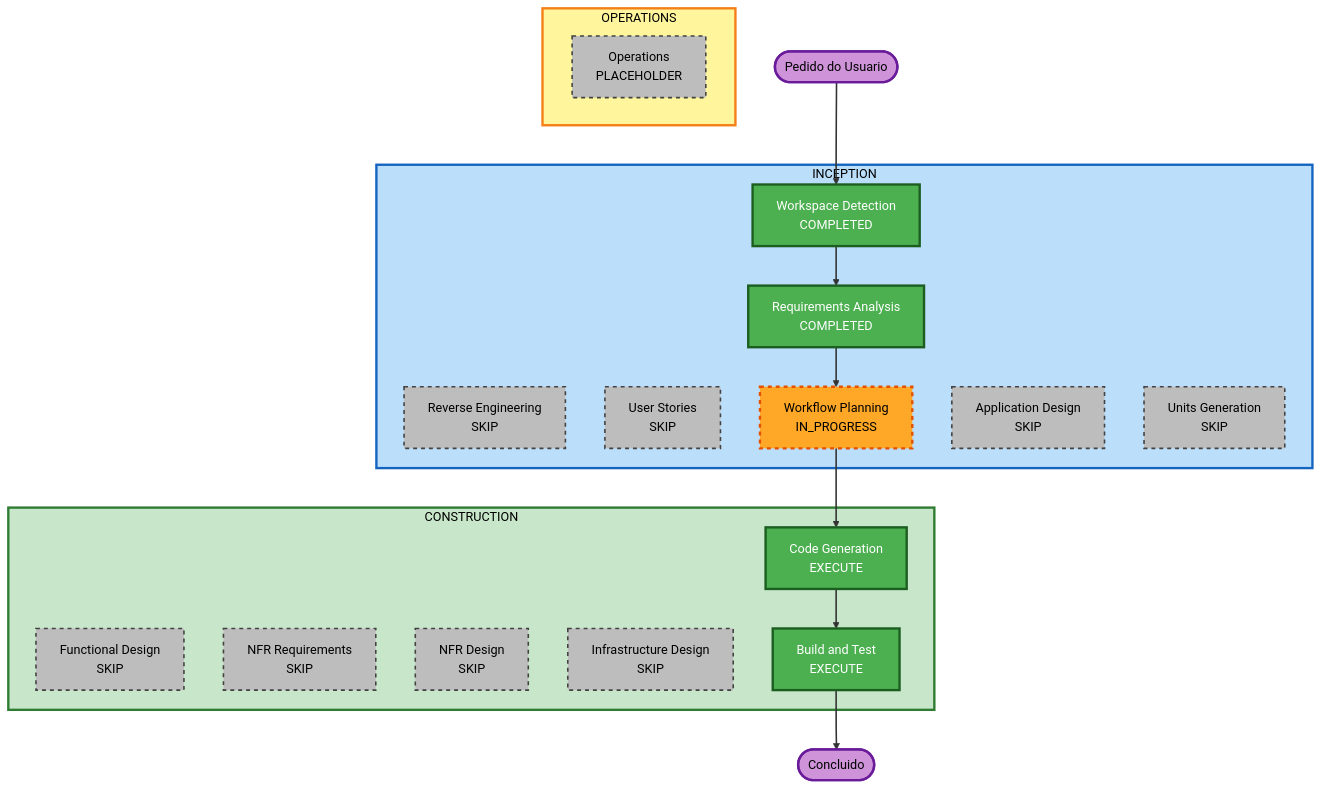
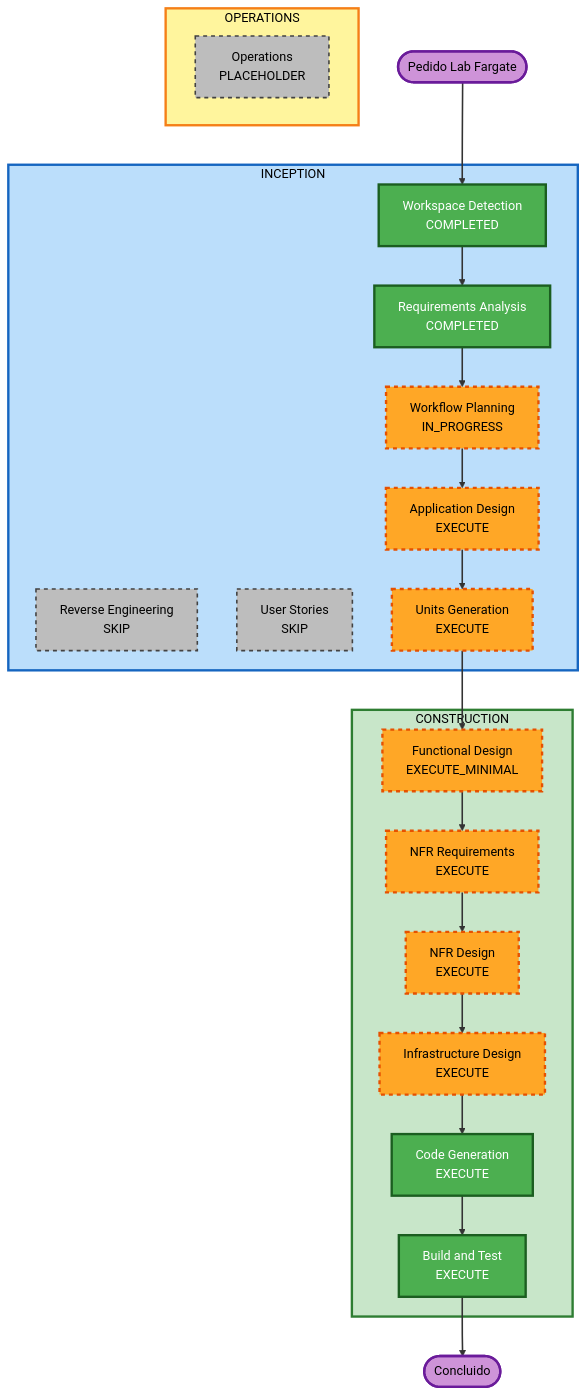
Before and after one commit to welligtoncos/ia-dlc-ecs-fargate-alb-service: the diagram in aidlc-docs/inception/plans/execution-plan.md, drawn with Mermaid. The commit also changed other lines of this file and 15 other files, not shown here.

First line of the commit message:
docs: completa Inception do lab FastAPI/Fargate no AI-DLC

````diff
--- a/aidlc-docs/inception/plans/execution-plan.md
+++ b/aidlc-docs/inception/plans/execution-plan.md
@@ -32,56 +29,62 @@
 ```mermaid
 flowchart TD
-    Start(["Pedido do Usuario"])
+    Start(["Pedido Lab Fargate"])
 
     subgraph INCEPTION["INCEPTION"]
         WD["Workspace Detection<br/>COMPLETED"]
         RE["Reverse Engineering<br/>SKIP"]
         RA["Requirements Analysis<br/>COMPLETED"]
         US["User Stories<br/>SKIP"]
         WP["Workflow Planning<br/>IN_PROGRESS"]
-        AD["Application Design<br/>SKIP"]
-        UG["Units Generation<br/>SKIP"]
+        AD["Application Design<br/>EXECUTE"]
+        UG["Units Generation<br/>EXECUTE"]
     end
 
     subgraph CONSTRUCTION["CONSTRUCTION"]
-        FD["Functional Design<br/>SKIP"]
-        NFRA["NFR Requirements<br/>SKIP"]
-        NFRD["NFR Design<br/>SKIP"]
-        ID["Infrastructure Design<br/>SKIP"]
+        FD["Functional Design<br/>EXECUTE_MINIMAL"]
+        NFRA["NFR Requirements<br/>EXECUTE"]
+        NFRD["NFR Design<br/>EXECUTE"]
+        ID["Infrastructure Design<br/>EXECUTE"]
         CG["Code Generation<br/>EXECUTE"]
         BT["Build and Test<br/>EXECUTE"]
     end
 
     subgraph OPERATIONS["OPERATIONS"]
         OPS["Operations<br/>PLACEHOLDER"]
     end
 
     Start --> WD
     WD --> RA
     RA --> WP
-    WP --> CG
+    WP --> AD
+    AD --> UG
+    UG --> FD
+    FD --> NFRA
+    NFRA --> NFRD
+    NFRD --> ID
+    ID --> CG
     CG --> BT
     BT --> EndNode(["Concluido"])
 
     style WD fill:#4CAF50,stroke:#1B5E20,stroke-width:3px,color:#fff
     style RA fill:#4CAF50,stroke:#1B5E20,stroke-width:3px,color:#fff
     style WP fill:#FFA726,stroke:#E65100,stroke-width:3px,stroke-dasharray: 5 5,color:#000
+    style AD fill:#FFA726,stroke:#E65100,stroke-width:3px,stroke-dasharray: 5 5,color:#000
+    style UG fill:#FFA726,stroke:#E65100,stroke-width:3px,stroke-dasharray: 5 5,color:#000
+    style FD fill:#FFA726,stroke:#E65100,stroke-width:3px,stroke-dasharray: 5 5,color:#000
+    style NFRA fill:#FFA726,stroke:#E65100,stroke-width:3px,stroke-dasharray: 5 5,color:#000
+    style NFRD fill:#FFA726,stroke:#E65100,stroke-width:3px,stroke-dasharray: 5 5,color:#000
+    style ID fill:#FFA726,stroke:#E65100,stroke-width:3px,stroke-dasharray: 5 5,color:#000
     style CG fill:#4CAF50,stroke:#1B5E20,stroke-width:3px,color:#fff
     style BT fill:#4CAF50,stroke:#1B5E20,stroke-width:3px,color:#fff
     style RE fill:#BDBDBD,stroke:#424242,stroke-width:2px,stroke-dasharray: 5 5,color:#000
     style US fill:#BDBDBD,stroke:#424242,stroke-width:2px,stroke-dasharray: 5 5,color:#000
-    style AD fill:#BDBDBD,stroke:#424242,stroke-width:2px,stroke-dasharray: 5 5,color:#000
-    style UG fill:#BDBDBD,stroke:#424242,stroke-width:2px,stroke-dasharray: 5 5,color:#000
-    style FD fill:#BDBDBD,stroke:#424242,stroke-width:2px,stroke-dasharray: 5 5,color:#000
-    style NFRA fill:#BDBDBD,stroke:#424242,stroke-width:2px,stroke-dasharray: 5 5,color:#000
-    style NFRD fill:#BDBDBD,stroke:#424242,stroke-width:2px,stroke-dasharray: 5 5,color:#000
-    style ID fill:#BDBDBD,stroke:#424242,stroke-width:2px,stroke-dasharray: 5 5,color:#000
     style OPS fill:#BDBDBD,stroke:#424242,stroke-width:2px,stroke-dasharray: 5 5,color:#000
     style Start fill:#CE93D8,stroke:#6A1B9A,stroke-width:3px,color:#000
     style EndNode fill:#CE93D8,stroke:#6A1B9A,stroke-width:3px,color:#000
     style INCEPTION fill:#BBDEFB,stroke:#1565C0,stroke-width:3px,color:#000
     style CONSTRUCTION fill:#C8E6C9,stroke:#2E7D32,stroke-width:3px,color:#000
     style OPERATIONS fill:#FFF59D,stroke:#F57F17,stroke-width:3px,color:#000
 
     linkStyle default stroke:#333,stroke-width:2px
 ```
````
